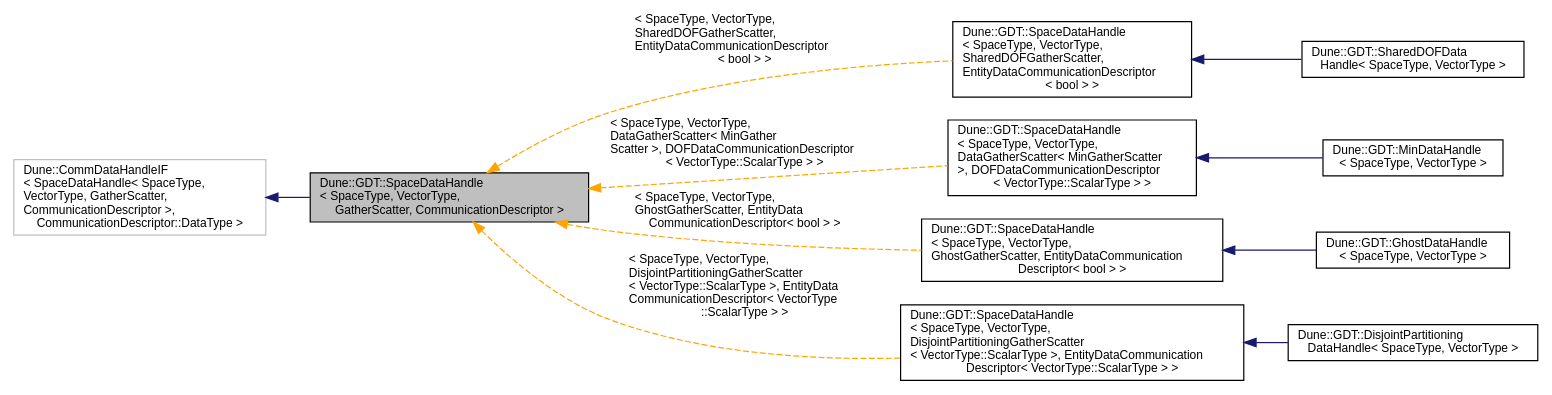
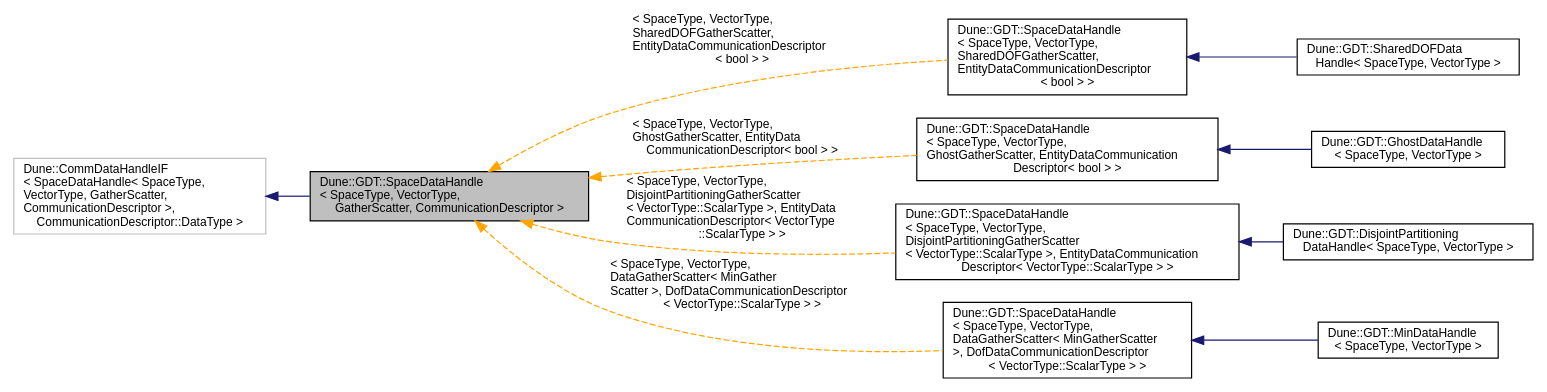
Before and after one commit to dune-community/dune-community.github.io: the diagram in docs/dune-gdt/master/a02824.dot, drawn with Graphviz. The commit also changed 148 other files, not shown here.

Commit message:
Updated documentation for dune-gdt master

```diff
--- a/docs/dune-gdt/master/a02824.dot
+++ b/docs/dune-gdt/master/a02824.dot
@@ -1,25 +1,25 @@
 digraph "Dune::GDT::SpaceDataHandle&lt; SpaceType, VectorType, GatherScatter, CommunicationDescriptor &gt;"
 {
   edge [fontname="Helvetica",fontsize="10",labelfontname="Helvetica",labelfontsize="10"];
   node [fontname="Helvetica",fontsize="10",shape=record];
   rankdir="LR";
   Node0 [label="Dune::GDT::SpaceDataHandle\l\< SpaceType, VectorType,\l GatherScatter, CommunicationDescriptor \>",height=0.2,width=0.4,color="black", fillcolor="grey75", style="filled", fontcolor="black"];
   Node1 -> Node0 [dir="back",color="midnightblue",fontsize="10",style="solid",fontname="Helvetica"];
   Node1 [label="Dune::CommDataHandleIF\l\< SpaceDataHandle\< SpaceType,\l VectorType, GatherScatter,\l CommunicationDescriptor \>,\l CommunicationDescriptor::DataType \>",height=0.2,width=0.4,color="grey75", fillcolor="white", style="filled"];
   Node0 -> Node2 [dir="back",color="orange",fontsize="10",style="dashed",label=" \< SpaceType, VectorType,\l SharedDOFGatherScatter,\l EntityDataCommunicationDescriptor\l\< bool \> \>" ,fontname="Helvetica"];
   Node2 [label="Dune::GDT::SpaceDataHandle\l\< SpaceType, VectorType,\l SharedDOFGatherScatter,\l EntityDataCommunicationDescriptor\l\< bool \> \>",height=0.2,width=0.4,color="black", fillcolor="white", style="filled",URL="$a02825.html"];
   Node2 -> Node3 [dir="back",color="midnightblue",fontsize="10",style="solid",fontname="Helvetica"];
   Node3 [label="Dune::GDT::SharedDOFData\lHandle\< SpaceType, VectorType \>",height=0.2,width=0.4,color="black", fillcolor="white", style="filled",URL="$a02865.html",tooltip="Data handle for marking shared DOFs. "];
-  Node0 -> Node4 [dir="back",color="orange",fontsize="10",style="dashed",label=" \< SpaceType, VectorType,\l DataGatherScatter\< MinGather\lScatter \>, DOFDataCommunicationDescriptor\l\< VectorType::ScalarType \> \>" ,fontname="Helvetica"];
-  Node4 [label="Dune::GDT::SpaceDataHandle\l\< SpaceType, VectorType,\l DataGatherScatter\< MinGatherScatter\l \>, DOFDataCommunicationDescriptor\l\< VectorType::ScalarType \> \>",height=0.2,width=0.4,color="black", fillcolor="white", style="filled",URL="$a02825.html"];
+  Node0 -> Node4 [dir="back",color="orange",fontsize="10",style="dashed",label=" \< SpaceType, VectorType,\l GhostGatherScatter, EntityData\lCommunicationDescriptor\< bool \> \>" ,fontname="Helvetica"];
+  Node4 [label="Dune::GDT::SpaceDataHandle\l\< SpaceType, VectorType,\l GhostGatherScatter, EntityDataCommunication\lDescriptor\< bool \> \>",height=0.2,width=0.4,color="black", fillcolor="white", style="filled",URL="$a02825.html"];
   Node4 -> Node5 [dir="back",color="midnightblue",fontsize="10",style="solid",fontname="Helvetica"];
-  Node5 [label="Dune::GDT::MinDataHandle\l\< SpaceType, VectorType \>",height=0.2,width=0.4,color="black", fillcolor="white", style="filled",URL="$a02841.html"];
-  Node0 -> Node6 [dir="back",color="orange",fontsize="10",style="dashed",label=" \< SpaceType, VectorType,\l GhostGatherScatter, EntityData\lCommunicationDescriptor\< bool \> \>" ,fontname="Helvetica"];
-  Node6 [label="Dune::GDT::SpaceDataHandle\l\< SpaceType, VectorType,\l GhostGatherScatter, EntityDataCommunication\lDescriptor\< bool \> \>",height=0.2,width=0.4,color="black", fillcolor="white", style="filled",URL="$a02825.html"];
+  Node5 [label="Dune::GDT::GhostDataHandle\l\< SpaceType, VectorType \>",height=0.2,width=0.4,color="black", fillcolor="white", style="filled",URL="$a02849.html",tooltip="Data handle for marking ghost DOFs. "];
+  Node0 -> Node6 [dir="back",color="orange",fontsize="10",style="dashed",label=" \< SpaceType, VectorType,\l DisjointPartitioningGatherScatter\l\< VectorType::ScalarType \>, EntityData\lCommunicationDescriptor\< VectorType\l::ScalarType \> \>" ,fontname="Helvetica"];
+  Node6 [label="Dune::GDT::SpaceDataHandle\l\< SpaceType, VectorType,\l DisjointPartitioningGatherScatter\l\< VectorType::ScalarType \>, EntityDataCommunication\lDescriptor\< VectorType::ScalarType \> \>",height=0.2,width=0.4,color="black", fillcolor="white", style="filled",URL="$a02825.html"];
   Node6 -> Node7 [dir="back",color="midnightblue",fontsize="10",style="solid",fontname="Helvetica"];
-  Node7 [label="Dune::GDT::GhostDataHandle\l\< SpaceType, VectorType \>",height=0.2,width=0.4,color="black", fillcolor="white", style="filled",URL="$a02849.html",tooltip="Data handle for marking ghost DOFs. "];
-  Node0 -> Node8 [dir="back",color="orange",fontsize="10",style="dashed",label=" \< SpaceType, VectorType,\l DisjointPartitioningGatherScatter\l\< VectorType::ScalarType \>, EntityData\lCommunicationDescriptor\< VectorType\l::ScalarType \> \>" ,fontname="Helvetica"];
-  Node8 [label="Dune::GDT::SpaceDataHandle\l\< SpaceType, VectorType,\l DisjointPartitioningGatherScatter\l\< VectorType::ScalarType \>, EntityDataCommunication\lDescriptor\< VectorType::ScalarType \> \>",height=0.2,width=0.4,color="black", fillcolor="white", style="filled",URL="$a02825.html"];
+  Node7 [label="Dune::GDT::DisjointPartitioning\lDataHandle\< SpaceType, VectorType \>",height=0.2,width=0.4,color="black", fillcolor="white", style="filled",URL="$a02857.html",tooltip="GatherScatter data handle for creating a disjoint DOF partitioning. "];
+  Node0 -> Node8 [dir="back",color="orange",fontsize="10",style="dashed",label=" \< SpaceType, VectorType,\l DataGatherScatter\< MinGather\lScatter \>, DofDataCommunicationDescriptor\l\< VectorType::ScalarType \> \>" ,fontname="Helvetica"];
+  Node8 [label="Dune::GDT::SpaceDataHandle\l\< SpaceType, VectorType,\l DataGatherScatter\< MinGatherScatter\l \>, DofDataCommunicationDescriptor\l\< VectorType::ScalarType \> \>",height=0.2,width=0.4,color="black", fillcolor="white", style="filled",URL="$a02825.html"];
   Node8 -> Node9 [dir="back",color="midnightblue",fontsize="10",style="solid",fontname="Helvetica"];
-  Node9 [label="Dune::GDT::DisjointPartitioning\lDataHandle\< SpaceType, VectorType \>",height=0.2,width=0.4,color="black", fillcolor="white", style="filled",URL="$a02857.html",tooltip="GatherScatter data handle for creating a disjoint DOF partitioning. "];
+  Node9 [label="Dune::GDT::MinDataHandle\l\< SpaceType, VectorType \>",height=0.2,width=0.4,color="black", fillcolor="white", style="filled",URL="$a02841.html"];
 }
```
